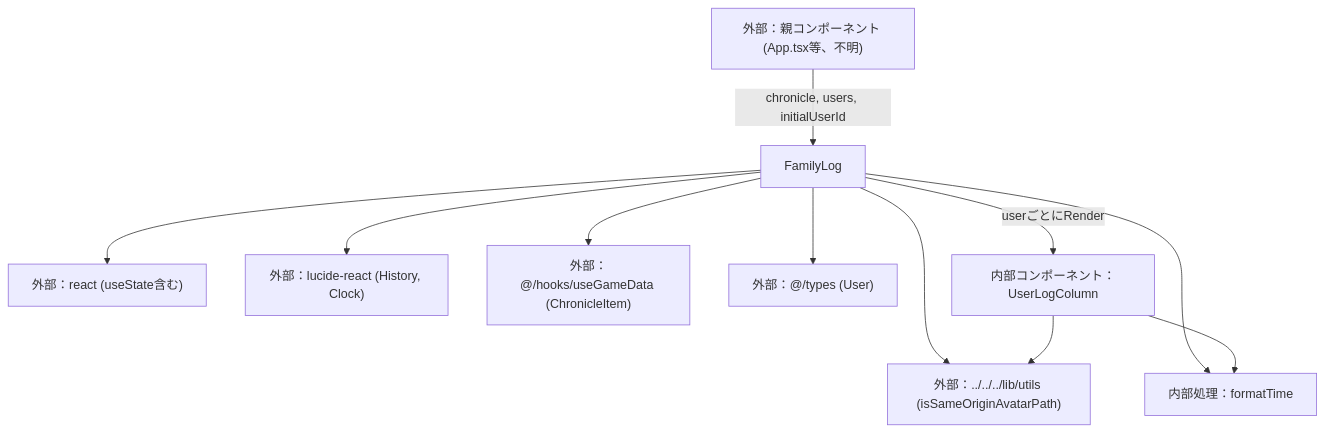
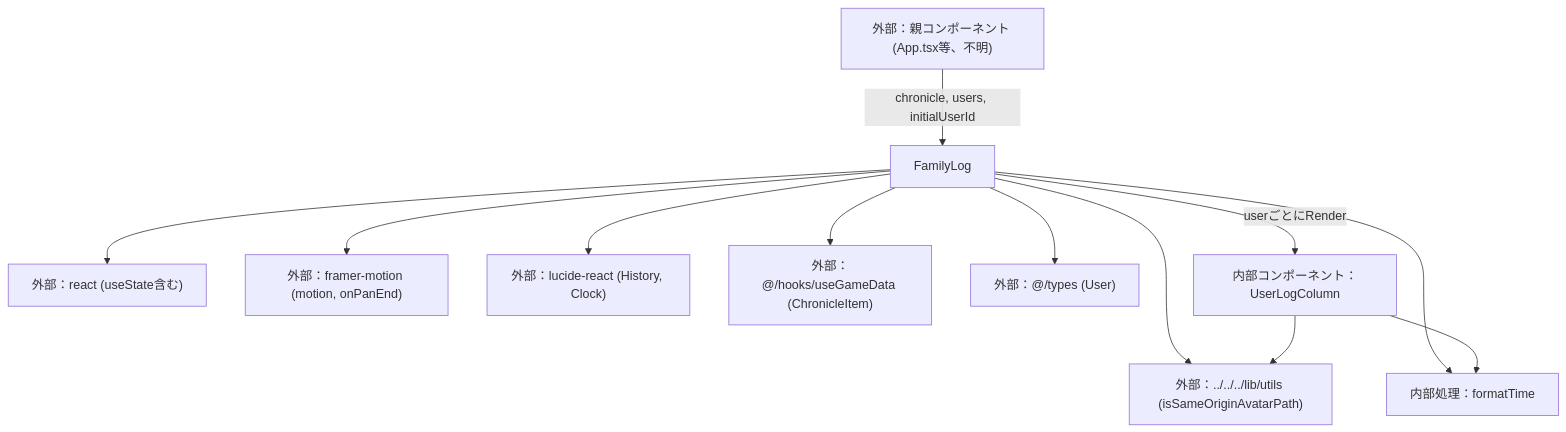
One commit to mmtigers/my_python_project changed the second of 2 diagrams in docs/specifications/family-quest/src/features/family/components/FamilyLog.md. Above: the diagram before and after it, drawn with Mermaid. The commit also changed other lines of this file, not shown here.

First line of the commit message:
docs: FamilyLog仕様書をスワイプ切替の追加に追従

````diff
--- a/docs/specifications/family-quest/src/features/family/components/FamilyLog.md
+++ b/docs/specifications/family-quest/src/features/family/components/FamilyLog.md
@@ -158,14 +173,15 @@
 ```mermaid
 graph TD
     ParentComponent["外部：親コンポーネント (App.tsx等、不明)"] -->|chronicle, users, initialUserId| FamilyLog
     FamilyLog --> React["外部：react (useState含む)"]
+    FamilyLog --> FramerMotion["外部：framer-motion (motion, onPanEnd)"]
     FamilyLog --> LucideReact["外部：lucide-react (History, Clock)"]
     FamilyLog --> GameDataTypes["外部：@/hooks/useGameData (ChronicleItem)"]
     FamilyLog --> UserType["外部：@/types (User)"]
     FamilyLog --> AvatarUtil["外部：../../../lib/utils (isSameOriginAvatarPath)"]
     FamilyLog --> FormatTime["内部処理：formatTime"]
     FamilyLog -->|userごとにRender| UserLogColumn["内部コンポーネント：UserLogColumn"]
     UserLogColumn --> FormatTime
     UserLogColumn --> AvatarUtil
 
 ```
````
